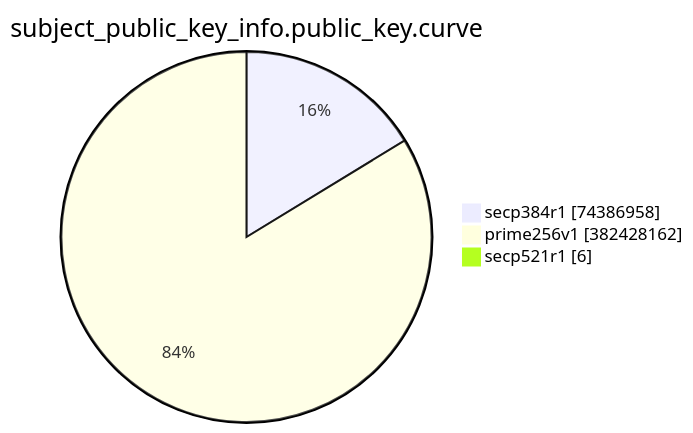
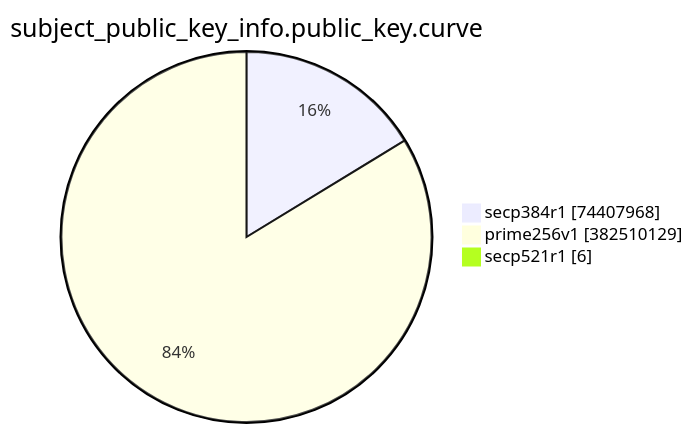
One commit to christiankrug/ctmonitor_visualization changed the eighth of 15 diagrams in TOTAL/README.md. Above: the diagram before and after it, drawn with Mermaid. The commit also changed other lines of this file, not shown here.

````diff
--- a/TOTAL/README.md
+++ b/TOTAL/README.md
@@ -3094,7 +3094,7 @@
 ```mermaid
 pie showData
 title subject_public_key_info.public_key.curve
-"secp384r1" :74386958
-"prime256v1" :382428162
+"secp384r1" :74407968
+"prime256v1" :382510129
 "secp521r1" :6
 ```
````
